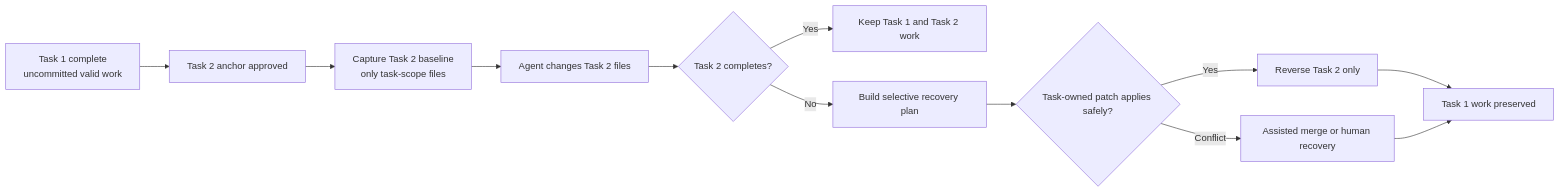
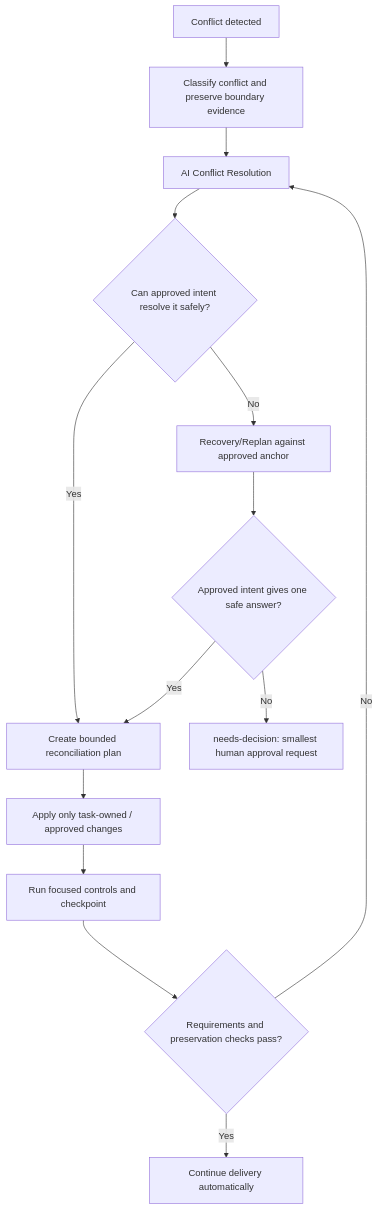
Before and after one commit to vishrutsinghal/tailr: diagram 18 of 24 in harness-engineering.md, drawn with Mermaid. The commit also changed other lines of this file and 122 other files, not shown here.

````diff
--- a/harness-engineering.md
+++ b/harness-engineering.md
@@ -2582,14 +2890,16 @@
 ```mermaid
-flowchart LR
-    A["Task 1 complete<br/>uncommitted valid work"] --> B["Task 2 anchor approved"]
-    B --> C["Capture Task 2 baseline<br/>only task-scope files"]
-    C --> D["Agent changes Task 2 files"]
-    D --> E{"Task 2 completes?"}
-    E -->|Yes| F["Keep Task 1 and Task 2 work"]
-    E -->|No| G["Build selective recovery plan"]
-    G --> H{"Task-owned patch applies safely?"}
-    H -->|Yes| I["Reverse Task 2 only"]
-    H -->|Conflict| J["Assisted merge or human recovery"]
-    I --> K["Task 1 work preserved"]
-    J --> K
+flowchart TB
+    A["Conflict detected"] --> B["Classify conflict and preserve boundary evidence"]
+    B --> C["AI Conflict Resolution"]
+    C --> D{"Can approved intent resolve it safely?"}
+    D -->|"Yes"| E["Create bounded reconciliation plan"]
+    E --> F["Apply only task-owned / approved changes"]
+    F --> G["Run focused controls and checkpoint"]
+    G --> H{"Requirements and preservation checks pass?"}
+    H -->|"Yes"| I["Continue delivery automatically"]
+    H -->|"No"| C
+    D -->|"No"| J["Recovery/Replan against approved anchor"]
+    J --> K{"Approved intent gives one safe answer?"}
+    K -->|"Yes"| E
+    K -->|"No"| L["needs-decision: smallest human approval request"]
 ```
````
